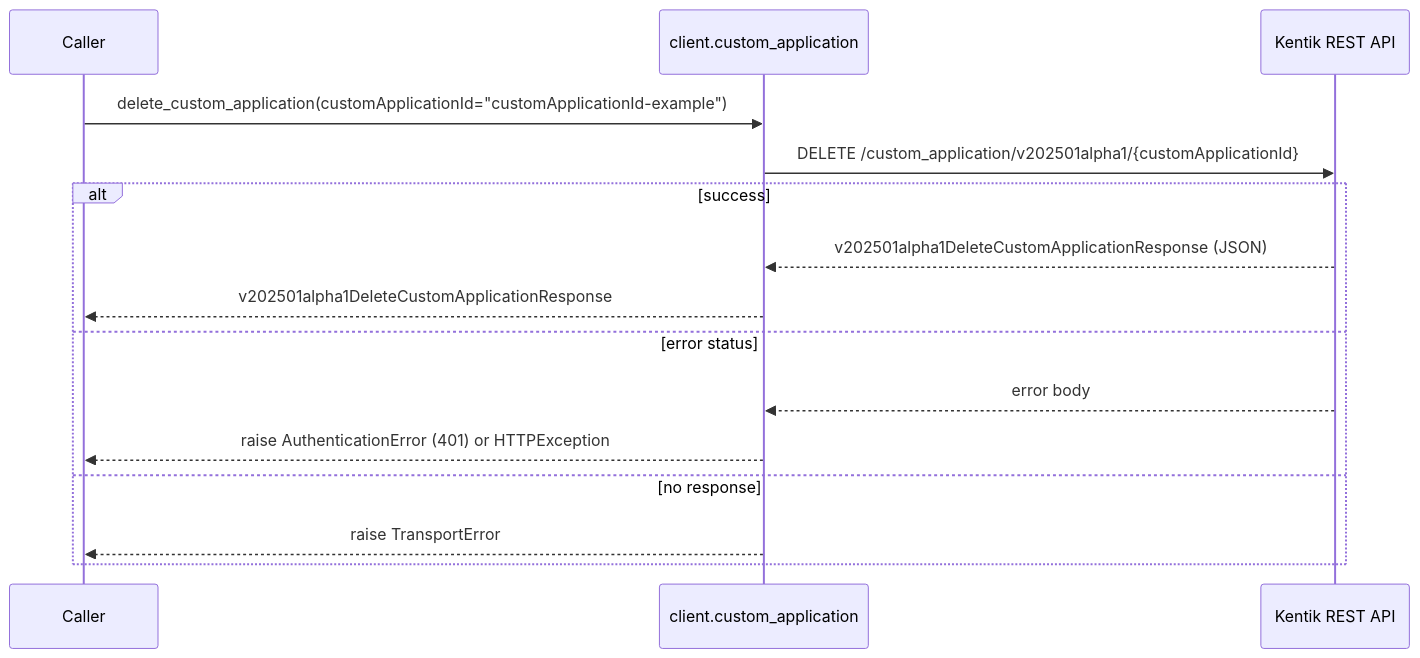
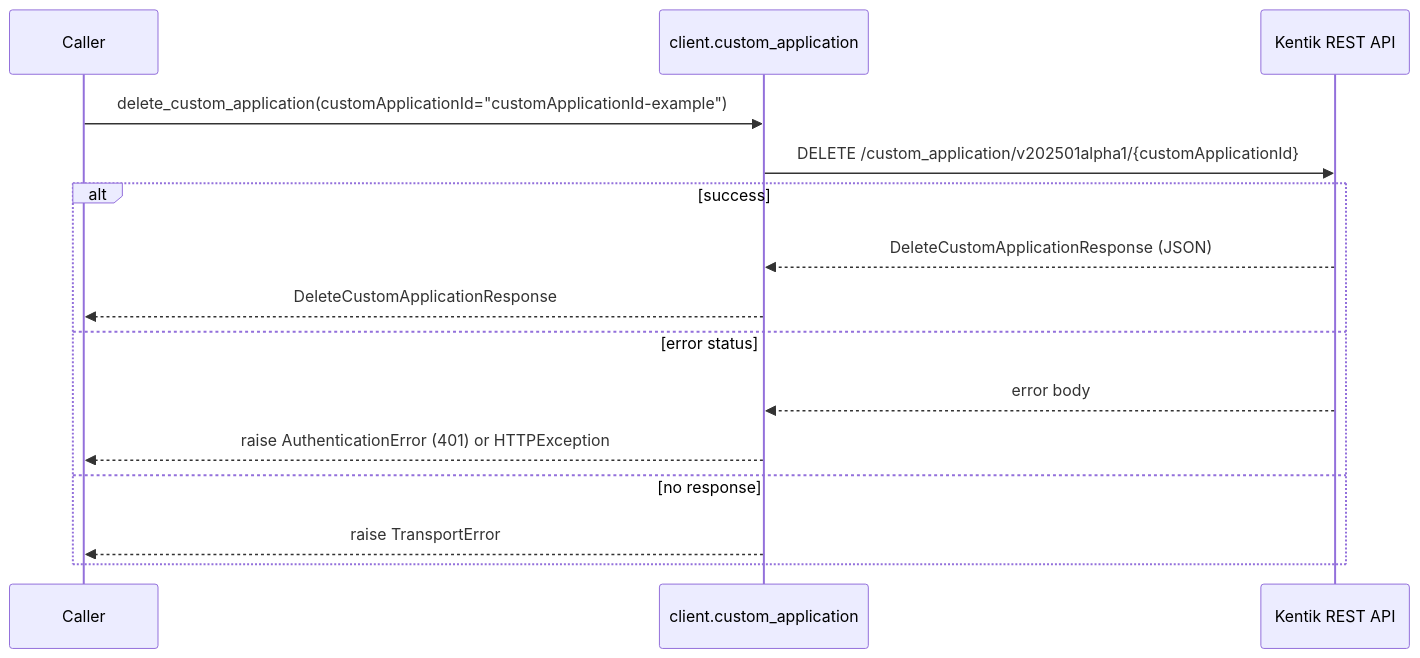
The tenth of 12 diagrams in docs/sphinx/services/custom_application.md (alexdearaujo/community_sdk_python), drawn with Mermaid before and after one commit. The commit also changed other lines of this file and 38 other files, not shown here.

````diff
--- a/docs/sphinx/services/custom_application.md
+++ b/docs/sphinx/services/custom_application.md
@@ -336,18 +336,18 @@
 ```mermaid
 sequenceDiagram
     participant C as Caller
     participant W as client.custom_application
     participant API as Kentik REST API
 
     C->>W: delete_custom_application(customApplicationId="customApplicationId-example")
     W->>API: DELETE /custom_application/v202501alpha1/{customApplicationId}
     alt success
-        API-->>W: v202501alpha1DeleteCustomApplicationResponse (JSON)
-        W-->>C: v202501alpha1DeleteCustomApplicationResponse
+        API-->>W: DeleteCustomApplicationResponse (JSON)
+        W-->>C: DeleteCustomApplicationResponse
     else error status
         API-->>W: error body
         W-->>C: raise AuthenticationError (401) or HTTPException
     else no response
         W-->>C: raise TransportError
     end
 ```
````
